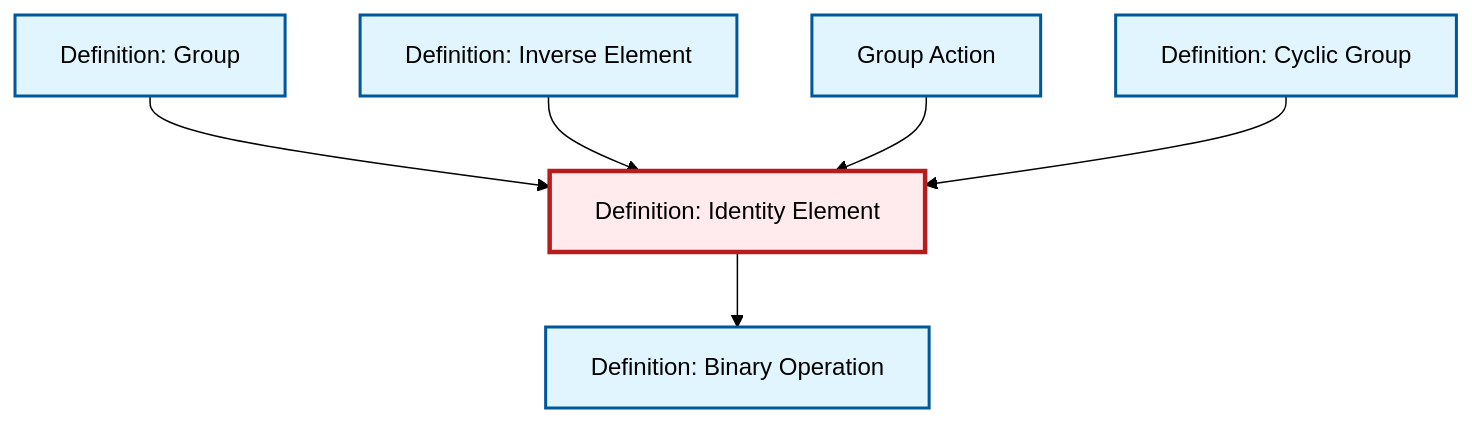
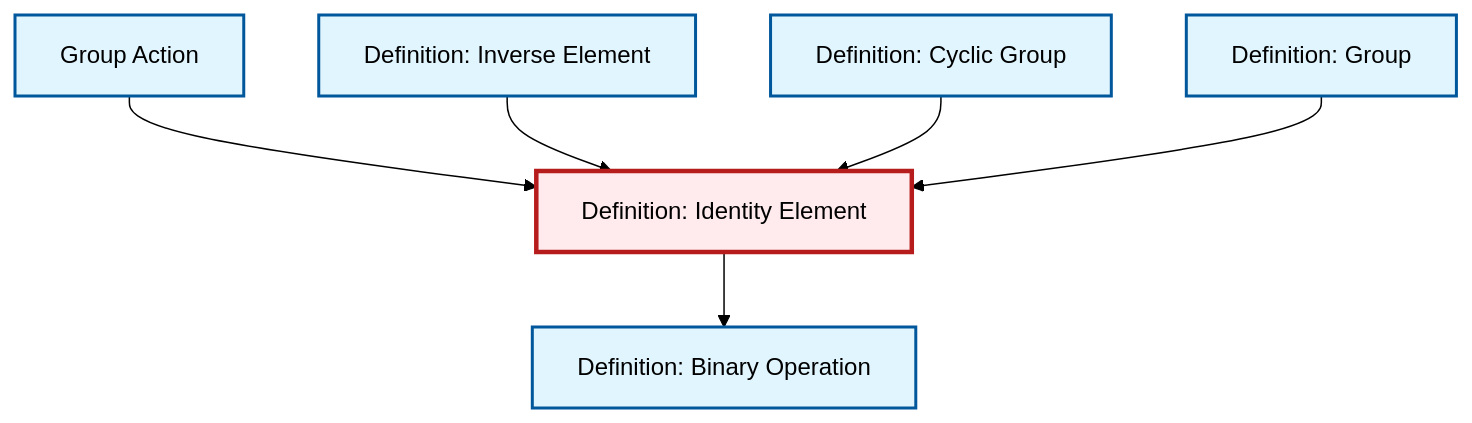
One commit to RK0429/ModernMath changed the diagram in content/ja/algebra/def-identity-element.qmd. Above: the diagram before and after it, drawn with Mermaid (forest theme). The commit also changed other lines of this file and 497 other files, not shown here.

````diff
--- a/content/ja/algebra/def-identity-element.qmd
+++ b/content/ja/algebra/def-identity-element.qmd
@@ -81,26 +81,26 @@
 ```{mermaid}
 %%| fig-cap: "Local dependency graph"
 graph TD
     classDef definition fill:#e1f5fe,stroke:#01579b,stroke-width:2px
     classDef theorem fill:#f3e5f5,stroke:#4a148c,stroke-width:2px
     classDef axiom fill:#fff3e0,stroke:#e65100,stroke-width:2px
     classDef example fill:#e8f5e9,stroke:#1b5e20,stroke-width:2px
     classDef current fill:#ffebee,stroke:#b71c1c,stroke-width:3px
     def-inverse-element["Definition: Inverse Element"]:::definition
     def-identity-element["Definition: Identity Element"]:::definition
+    def-binary-operation["Definition: Binary Operation"]:::definition
     def-cyclic-group["Definition: Cyclic Group"]:::definition
+    def-group["Definition: Group"]:::definition
     def-group-action["Group Action"]:::definition
-    def-group["Definition: Group"]:::definition
-    def-binary-operation["Definition: Binary Operation"]:::definition
+    def-group-action --> def-identity-element
+    def-inverse-element --> def-identity-element
+    def-cyclic-group --> def-identity-element
     def-group --> def-identity-element
-    def-inverse-element --> def-identity-element
     def-identity-element --> def-binary-operation
-    def-group-action --> def-identity-element
-    def-cyclic-group --> def-identity-element
     class def-identity-element current
     click def-inverse-element "def-inverse-element.html" "Definition: Inverse Elementへ"
+    click def-binary-operation "def-binary-operation.html" "Definition: Binary Operationへ"
     click def-cyclic-group "def-cyclic-group.html" "Definition: Cyclic Groupへ"
+    click def-group "def-group.html" "Definition: Groupへ"
     click def-group-action "def-group-action.html" "Group Actionへ"
-    click def-group "def-group.html" "Definition: Groupへ"
-    click def-binary-operation "def-binary-operation.html" "Definition: Binary Operationへ"
 ```
````
